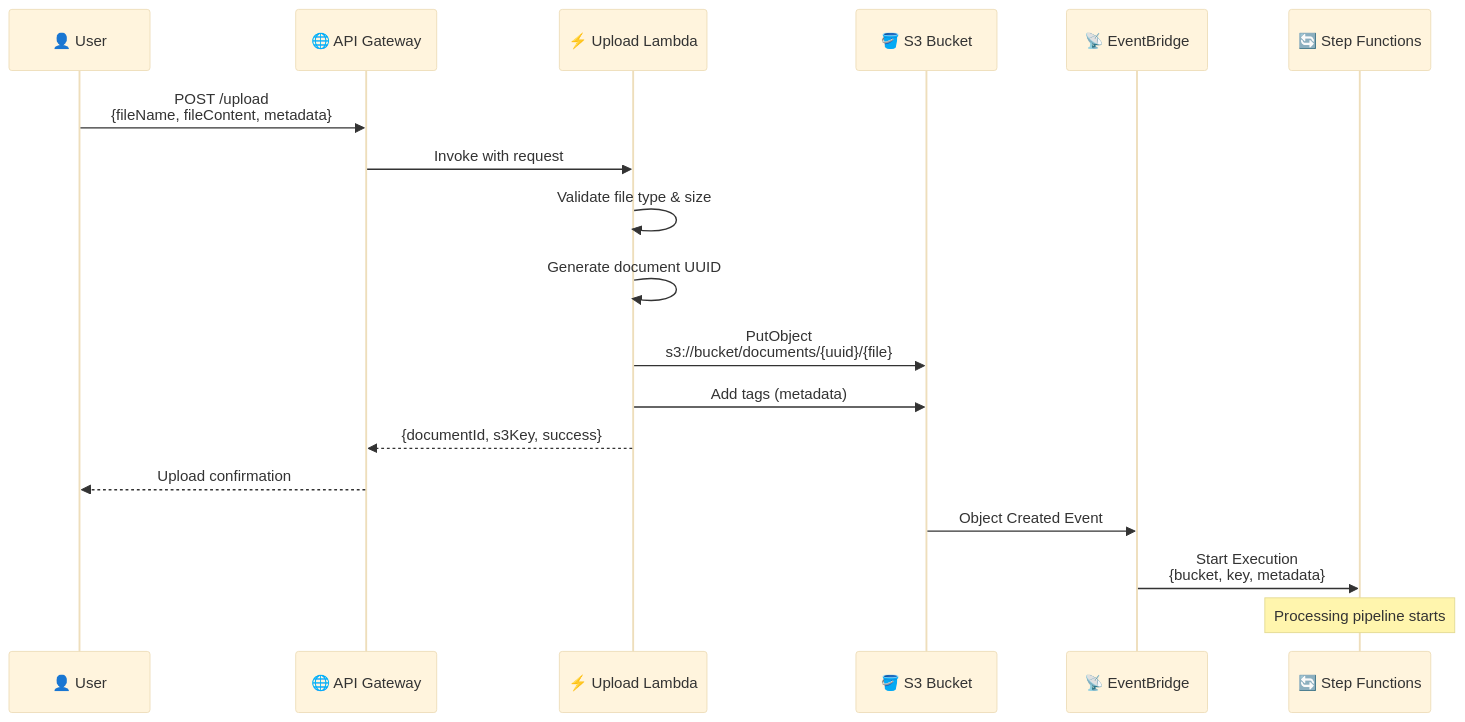
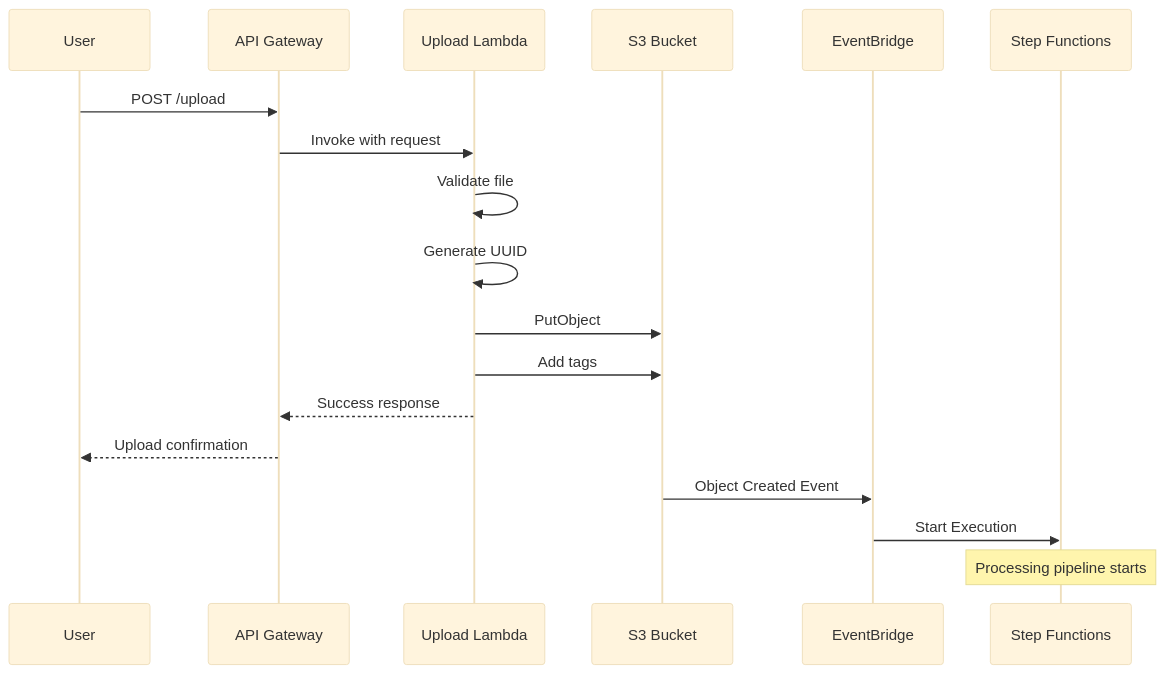
One commit to asko123/ontology_IAC_AWS_CDK changed the second of 12 diagrams in ARCHITECTURE_DIAGRAM.md. Above: the diagram before and after it, drawn with Mermaid (base theme). The commit also changed other lines of this file, not shown here.

First line of the commit message:
Fix Mermaid syntax errors in architecture diagrams

````diff
--- a/ARCHITECTURE_DIAGRAM.md
+++ b/ARCHITECTURE_DIAGRAM.md
@@ -131,24 +63,21 @@
 ```mermaid
 sequenceDiagram
-    participant User as 👤 User
-    participant API as 🌐 API Gateway
-    participant Upload as ⚡ Upload Lambda
-    participant S3 as 🪣 S3 Bucket
-    participant EB as 📡 EventBridge
-    participant SF as 🔄 Step Functions
+    participant User
+    participant API as API Gateway
+    participant Upload as Upload Lambda
+    participant S3 as S3 Bucket
+    participant EB as EventBridge
+    participant SF as Step Functions
 
-    User->>API: POST /upload<br/>{fileName, fileContent, metadata}
+    User->>API: POST /upload
     API->>Upload: Invoke with request
-    
-    Upload->>Upload: Validate file type & size
-    Upload->>Upload: Generate document UUID
-    Upload->>S3: PutObject<br/>s3://bucket/documents/{uuid}/{file}
-    Upload->>S3: Add tags (metadata)
-    Upload-->>API: {documentId, s3Key, success}
+    Upload->>Upload: Validate file
+    Upload->>Upload: Generate UUID
+    Upload->>S3: PutObject
+    Upload->>S3: Add tags
+    Upload-->>API: Success response
     API-->>User: Upload confirmation
-    
     S3->>EB: Object Created Event
-    EB->>SF: Start Execution<br/>{bucket, key, metadata}
-    
+    EB->>SF: Start Execution
     Note over SF: Processing pipeline starts
 ```
````
